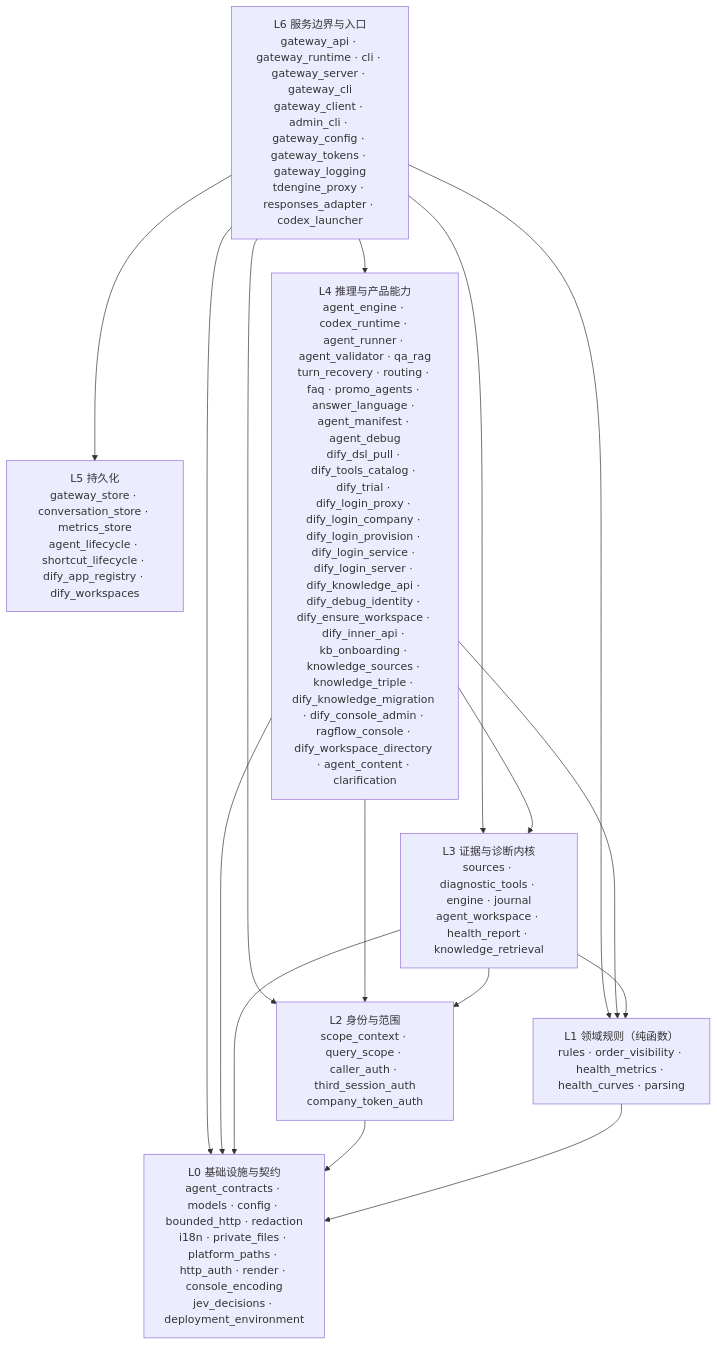
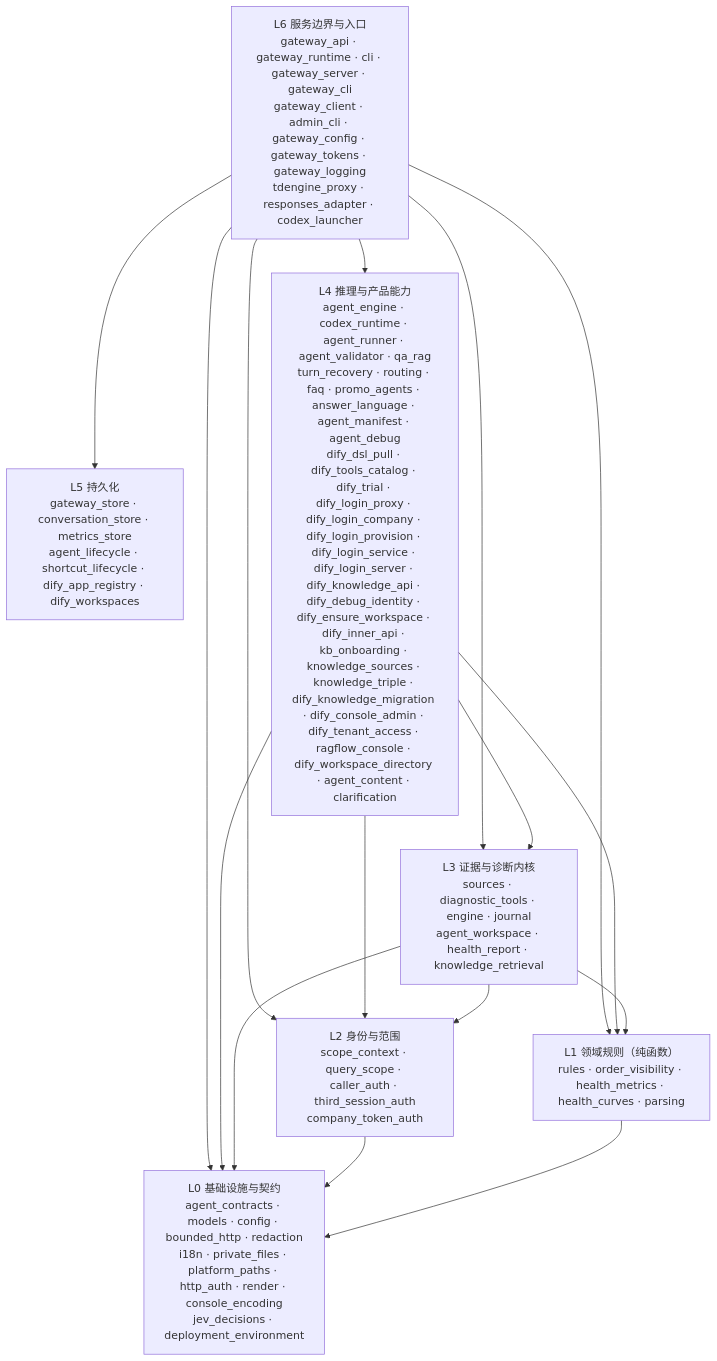
One commit to kilbertert/AI-Ops changed the diagram in README.md. Above: the diagram before and after it, drawn with Mermaid. The commit also changed other lines of this file and 9 other files, not shown here.

First line of the commit message:
feat(dify): grant-tenant-access —— 运维账号进租户 workspace，Dify 里就能切租户

````diff
--- a/README.md
+++ b/README.md
@@ -183,26 +183,26 @@
 ```mermaid
 flowchart TB
     L6["L6 服务边界与入口<br/>gateway_api · gateway_runtime · cli · gateway_server · gateway_cli<br/>gateway_client · admin_cli · gateway_config · gateway_tokens · gateway_logging<br/>tdengine_proxy · responses_adapter · codex_launcher"]
     L5["L5 持久化<br/>gateway_store · conversation_store · metrics_store<br/>agent_lifecycle · shortcut_lifecycle · dify_app_registry · dify_workspaces"]
-    L4["L4 推理与产品能力<br/>agent_engine · codex_runtime · agent_runner · agent_validator · qa_rag<br/>turn_recovery · routing · faq · promo_agents · answer_language · agent_manifest · agent_debug<br/>dify_dsl_pull · dify_tools_catalog · dify_trial · dify_login_proxy · dify_login_company · dify_login_provision · dify_login_service · dify_login_server · dify_knowledge_api · dify_debug_identity · dify_ensure_workspace · dify_inner_api · kb_onboarding · knowledge_sources · knowledge_triple · dify_knowledge_migration · dify_console_admin · ragflow_console · dify_workspace_directory · agent_content · clarification"]
+    L4["L4 推理与产品能力<br/>agent_engine · codex_runtime · agent_runner · agent_validator · qa_rag<br/>turn_recovery · routing · faq · promo_agents · answer_language · agent_manifest · agent_debug<br/>dify_dsl_pull · dify_tools_catalog · dify_trial · dify_login_proxy · dify_login_company · dify_login_provision · dify_login_service · dify_login_server · dify_knowledge_api · dify_debug_identity · dify_ensure_workspace · dify_inner_api · kb_onboarding · knowledge_sources · knowledge_triple · dify_knowledge_migration · dify_console_admin · dify_tenant_access · ragflow_console · dify_workspace_directory · agent_content · clarification"]
     L3["L3 证据与诊断内核<br/>sources · diagnostic_tools · engine · journal<br/>agent_workspace · health_report · knowledge_retrieval"]
     L2["L2 身份与范围<br/>scope_context · query_scope · caller_auth · third_session_auth<br/>company_token_auth"]
     L1["L1 领域规则（纯函数）<br/>rules · order_visibility · health_metrics · health_curves · parsing"]
     L0["L0 基础设施与契约<br/>agent_contracts · models · config · bounded_http · redaction<br/>i18n · private_files · platform_paths · http_auth · render · console_encoding<br/>jev_decisions · deployment_environment"]
 
     L6 --> L5
     L6 --> L4
     L6 --> L3
     L6 --> L2
     L6 --> L1
     L6 --> L0
     L4 --> L3
     L4 --> L2
     L4 --> L1
     L4 --> L0
     L3 --> L2
     L3 --> L1
     L3 --> L0
     L2 --> L0
     L1 --> L0
 ```
````
